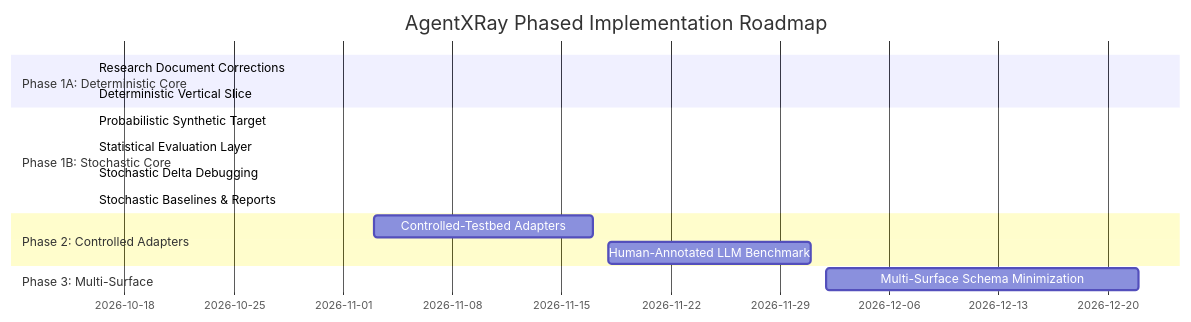
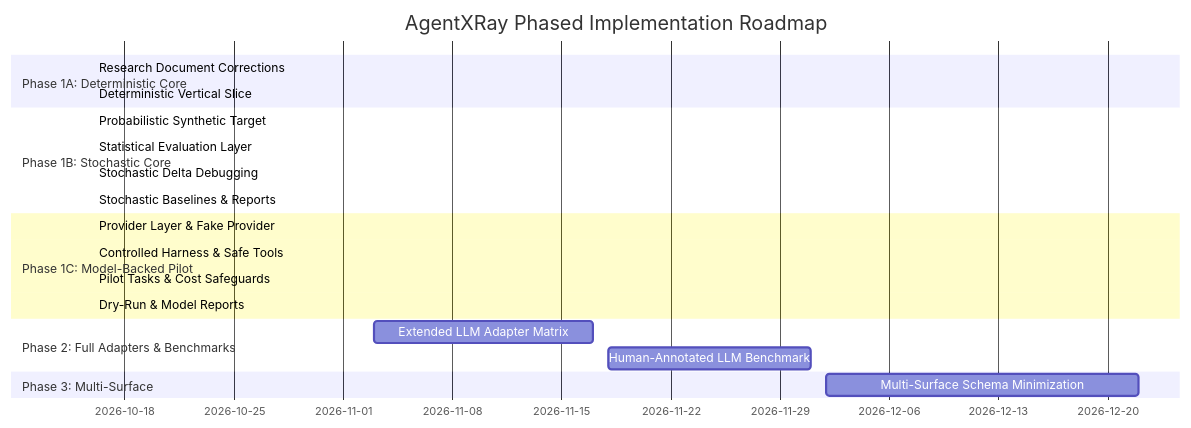
Before and after one commit to yash-mishraa/AgentXRay: the diagram in docs/TECHNICAL_PLAN.md, drawn with Mermaid. The commit also changed other lines of this file and 23 other files, not shown here.

Commit message:
feat: add controlled model-backed experiment harness

````diff
--- a/docs/TECHNICAL_PLAN.md
+++ b/docs/TECHNICAL_PLAN.md
@@ -174,18 +207,23 @@
 ```mermaid
 gantt
     title AgentXRay Phased Implementation Roadmap
     dateFormat  YYYY-MM-DD
     section Phase 1A: Deterministic Core
     Research Document Corrections   :done, 2026-10-16, 2026-10-16
     Deterministic Vertical Slice    :done, 2026-10-16, 2026-10-16
     section Phase 1B: Stochastic Core
     Probabilistic Synthetic Target  :done, 2026-10-16, 2026-10-16
     Statistical Evaluation Layer     :done, 2026-10-16, 2026-10-16
     Stochastic Delta Debugging      :done, 2026-10-16, 2026-10-16
     Stochastic Baselines & Reports  :done, 2026-10-16, 2026-10-16
-    section Phase 2: Controlled Adapters
-    Controlled-Testbed Adapters      :2026-11-03, 2026-11-17
-    Human-Annotated LLM Benchmark    :2026-11-18, 2026-12-01
+    section Phase 1C: Model-Backed Pilot
+    Provider Layer & Fake Provider  :done, 2026-10-16, 2026-10-16
+    Controlled Harness & Safe Tools :done, 2026-10-16, 2026-10-16
+    Pilot Tasks & Cost Safeguards   :done, 2026-10-16, 2026-10-16
+    Dry-Run & Model Reports         :done, 2026-10-16, 2026-10-16
+    section Phase 2: Full Adapters & Benchmarks
+    Extended LLM Adapter Matrix     :2026-11-03, 2026-11-17
+    Human-Annotated LLM Benchmark   :2026-11-18, 2026-12-01
     section Phase 3: Multi-Surface
     Multi-Surface Schema Minimization:2026-12-02, 2026-12-22
 ```
````
